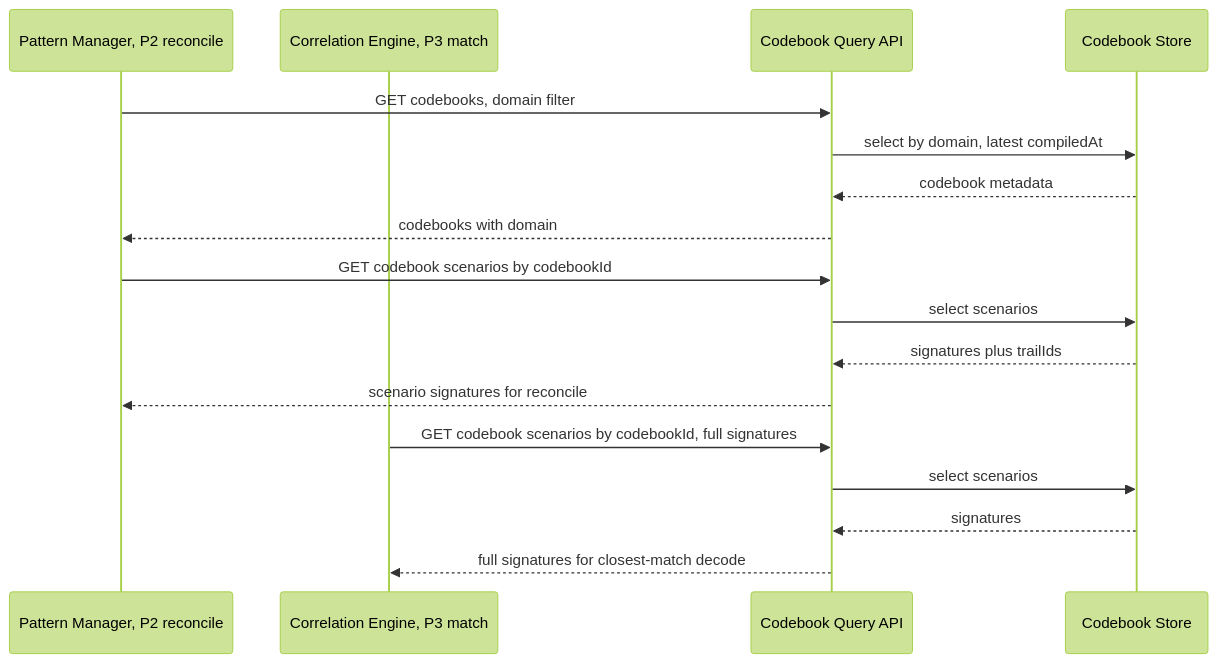
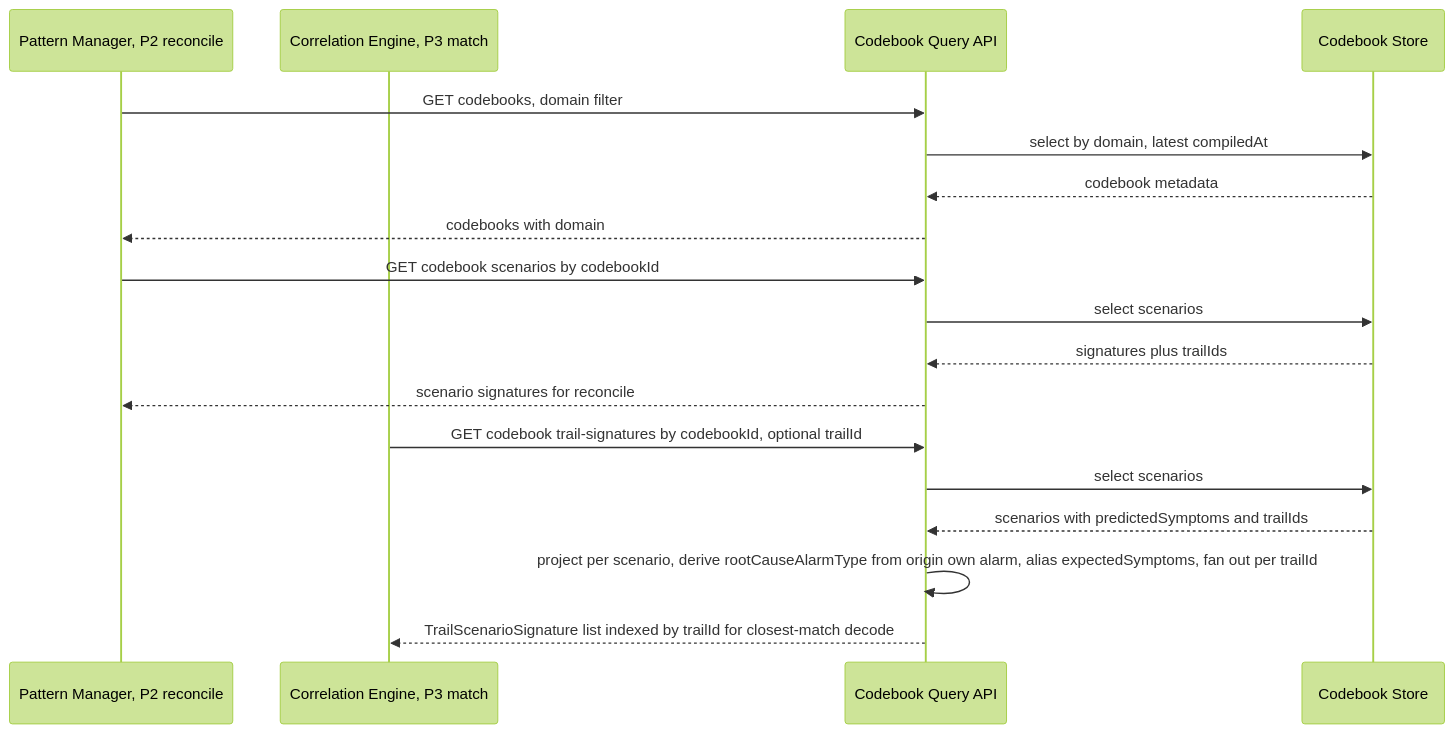
The fourth of 6 diagrams in services/codebook-generator/design.md (nikhilmohan/correlation-platform), drawn with Mermaid (forest theme) before and after one commit. The commit also changed other lines of this file and 1 other file, not shown here.

First line of the commit message:
design(codebook-generator): CE-oriented trail-signatures projection + frozen read-API; alarmType alignment

````diff
--- a/services/codebook-generator/design.md
+++ b/services/codebook-generator/design.md
@@ -292,19 +383,20 @@
 ```mermaid
 sequenceDiagram
   participant PM as Pattern Manager, P2 reconcile
   participant CE as Correlation Engine, P3 match
   participant API as Codebook Query API
   participant DB as Codebook Store
   PM->>API: GET codebooks, domain filter
   API->>DB: select by domain, latest compiledAt
   DB-->>API: codebook metadata
   API-->>PM: codebooks with domain
   PM->>API: GET codebook scenarios by codebookId
   API->>DB: select scenarios
   DB-->>API: signatures plus trailIds
   API-->>PM: scenario signatures for reconcile
-  CE->>API: GET codebook scenarios by codebookId, full signatures
+  CE->>API: GET codebook trail-signatures by codebookId, optional trailId
   API->>DB: select scenarios
-  DB-->>API: signatures
-  API-->>CE: full signatures for closest-match decode
+  DB-->>API: scenarios with predictedSymptoms and trailIds
+  API->>API: project per scenario, derive rootCauseAlarmType from origin own alarm, alias expectedSymptoms, fan out per trailId
+  API-->>CE: TrailScenarioSignature list indexed by trailId for closest-match decode
 ```
````
